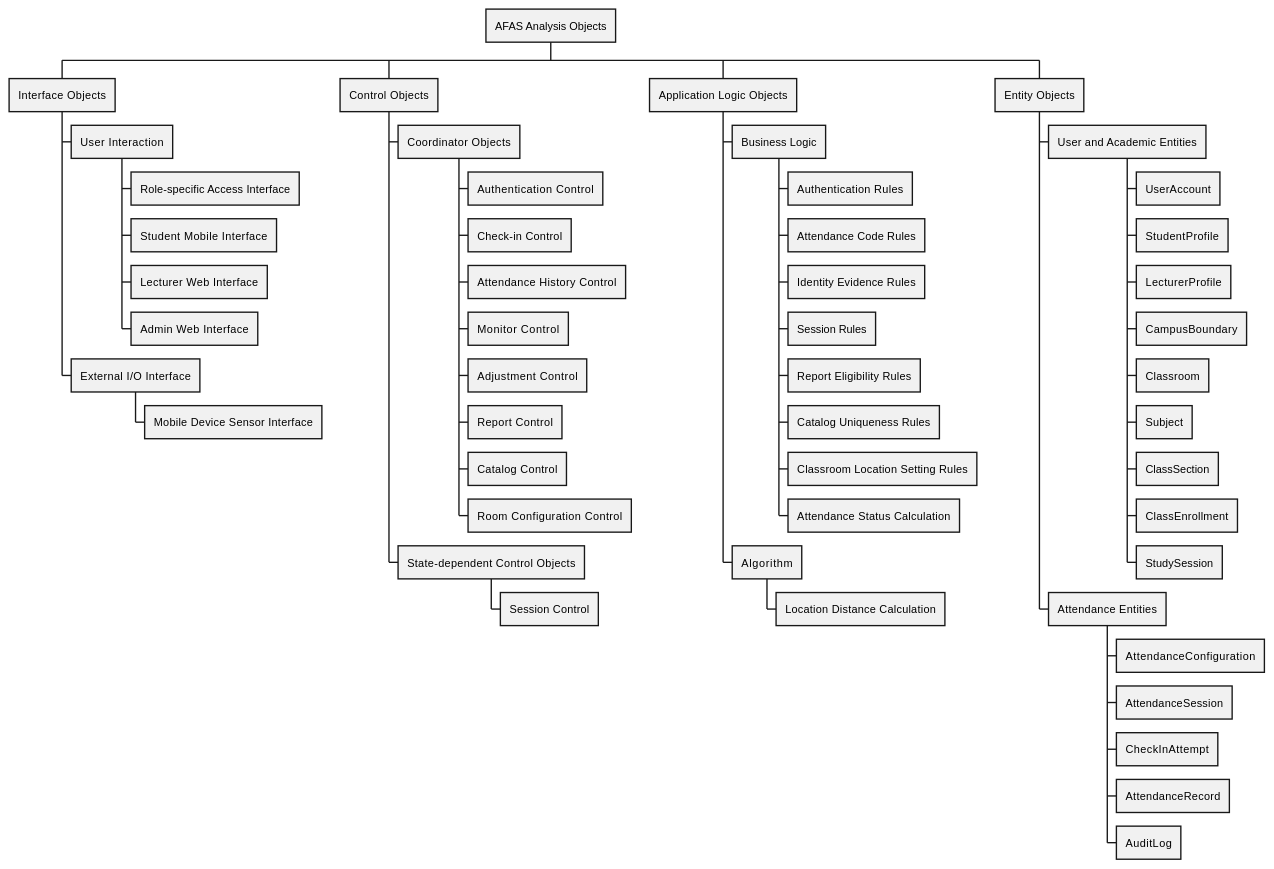
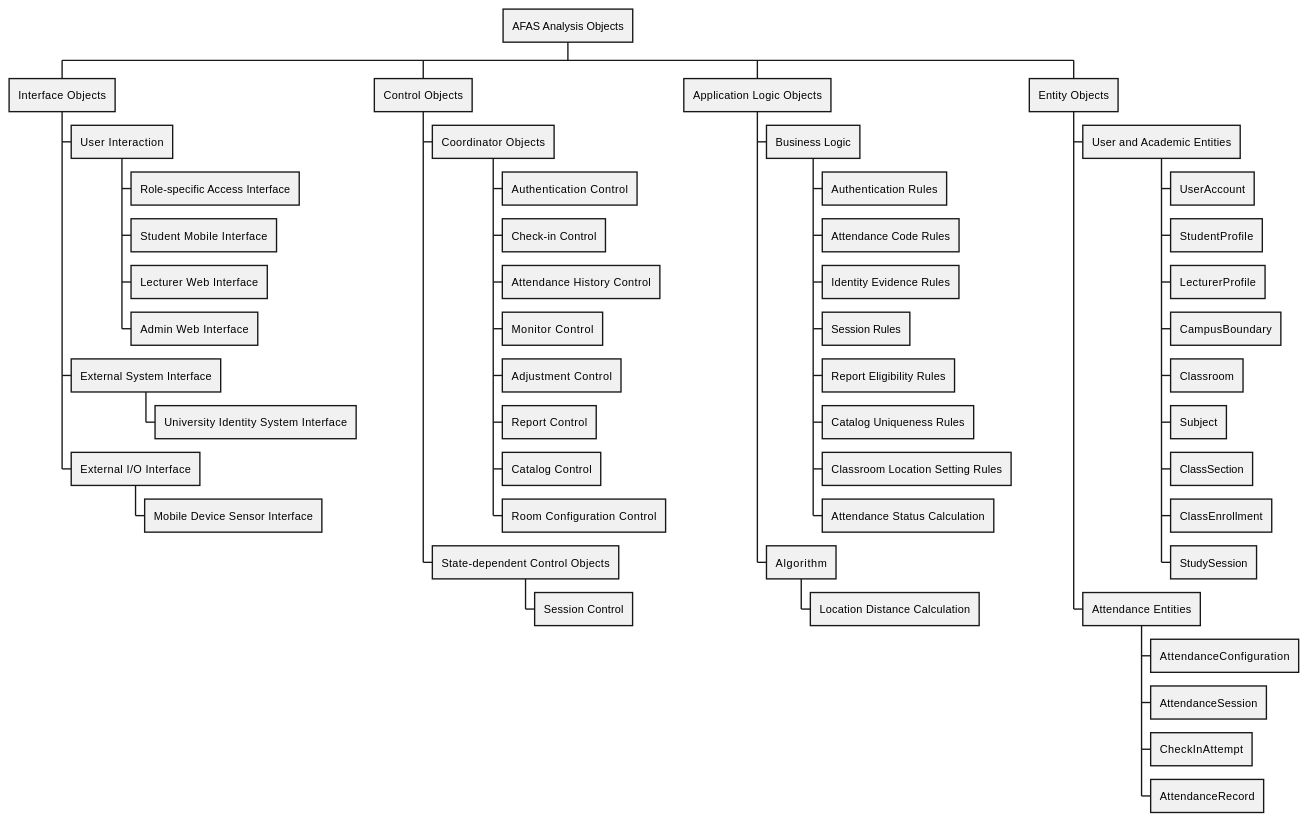
The third of 29 diagrams in docs/sds/2_Analysis.md (nttung42/SWD392), drawn with PlantUML before and after one commit. The commit also changed other lines of this file and 5 other files, not shown here.

````diff
--- a/docs/sds/2_Analysis.md
+++ b/docs/sds/2_Analysis.md
@@ -203,54 +207,55 @@
 ```plantuml
 @startwbs
 * AFAS Analysis Objects
 ** Interface Objects
 *** User Interaction
 **** Role-specific Access Interface
 **** Student Mobile Interface
 **** Lecturer Web Interface
 **** Admin Web Interface
+*** External System Interface
+**** University Identity System Interface
 *** External I/O Interface
 **** Mobile Device Sensor Interface
 ** Control Objects
 *** Coordinator Objects
 **** Authentication Control
 **** Check-in Control
 **** Attendance History Control
 **** Monitor Control
 **** Adjustment Control
 **** Report Control
 **** Catalog Control
 **** Room Configuration Control
 *** State-dependent Control Objects
 **** Session Control
 ** Application Logic Objects
 *** Business Logic
 **** Authentication Rules
 **** Attendance Code Rules
 **** Identity Evidence Rules
 **** Session Rules
 **** Report Eligibility Rules
 **** Catalog Uniqueness Rules
 **** Classroom Location Setting Rules
 **** Attendance Status Calculation
 *** Algorithm
 **** Location Distance Calculation
 ** Entity Objects
 *** User and Academic Entities
 **** UserAccount
 **** StudentProfile
 **** LecturerProfile
 **** CampusBoundary
 **** Classroom
 **** Subject
 **** ClassSection
 **** ClassEnrollment
 **** StudySession
 *** Attendance Entities
 **** AttendanceConfiguration
 **** AttendanceSession
 **** CheckInAttempt
 **** AttendanceRecord
-**** AuditLog
 @endwbs
 ```
````
